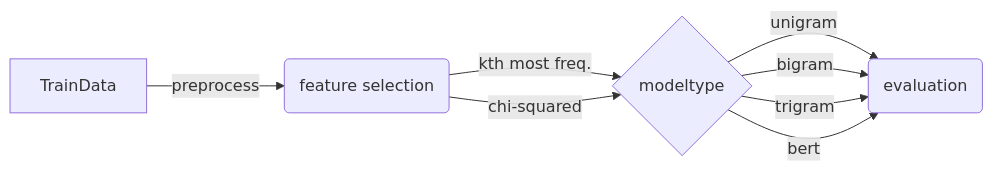
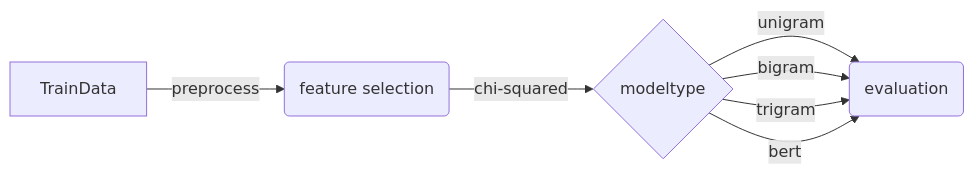
One commit to XuAnn175/AI-Final changed the third of 3 diagrams in README.md. Above: the diagram before and after it, drawn with Mermaid. The commit also changed other lines of this file, not shown here.

````diff
--- a/README.md
+++ b/README.md
@@ -47,10 +55,9 @@
 ```mermaid
 graph LR
     A[TrainData] -->|preprocess|B(feature selection)
-    B --> |kth most freq.|C{modeltype}
     B --> |chi-squared|C{modeltype}
     C --> |unigram|H(evaluation)
     C --> |bigram|H(evaluation)
     C --> |trigram|H(evaluation)
     C --> |bert|H(evaluation)
 ```
````
